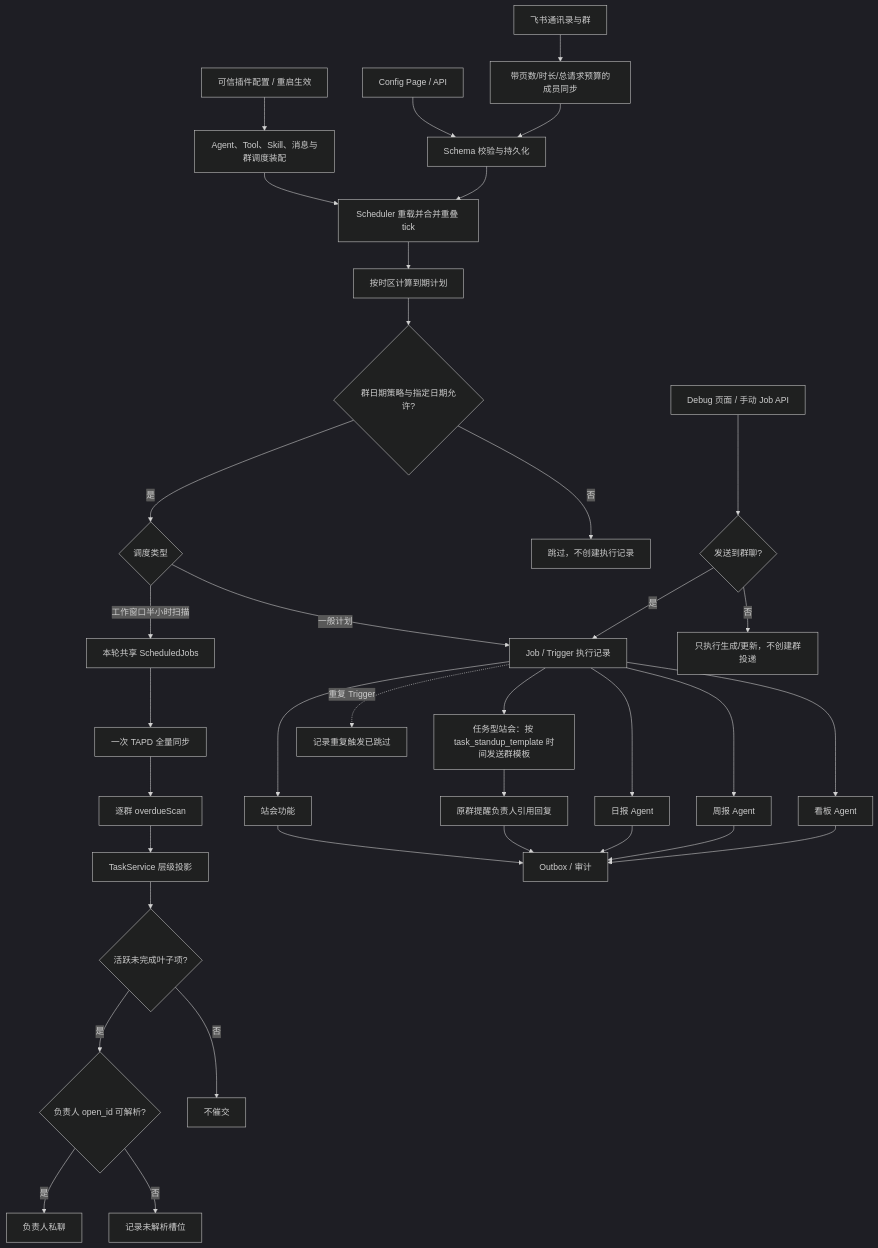
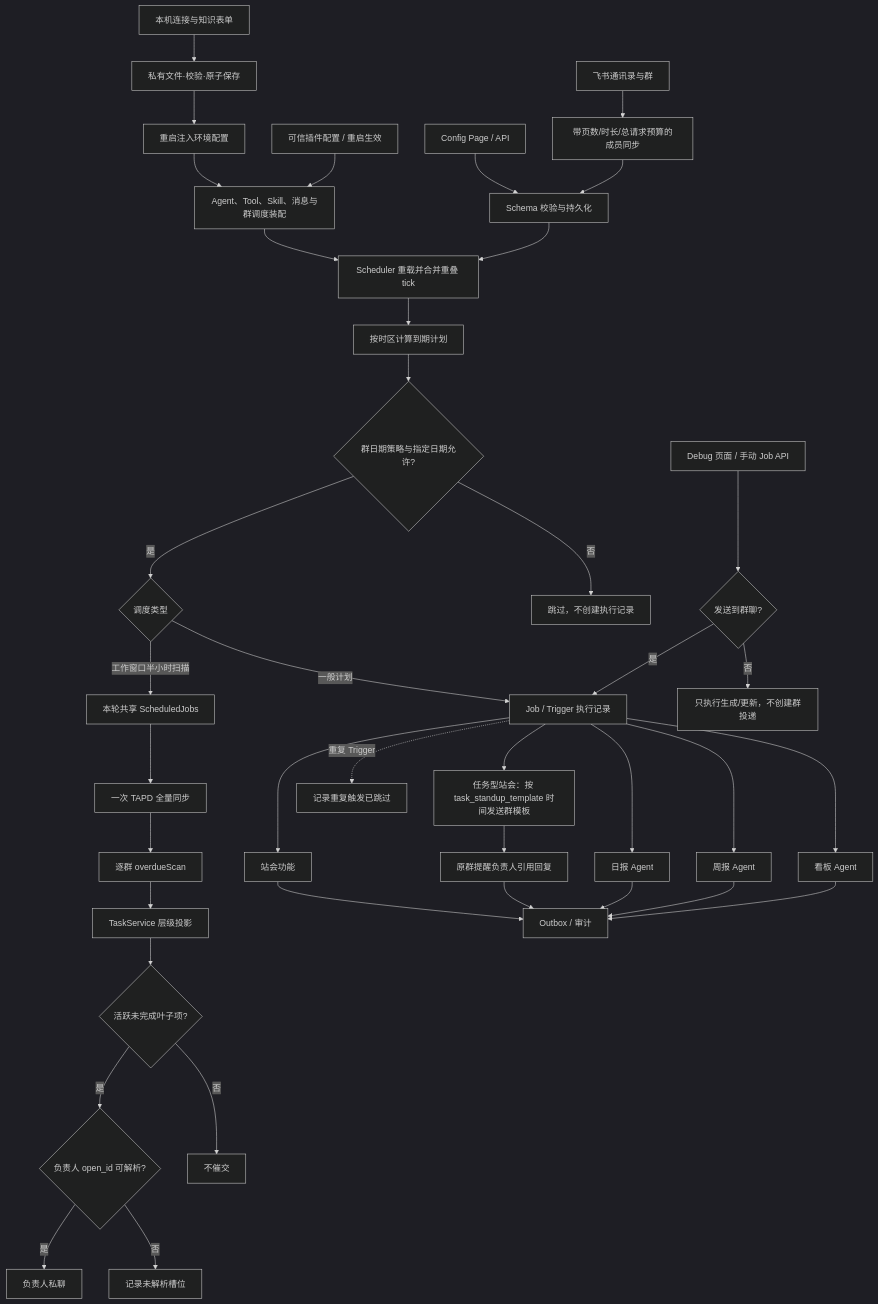
Before and after one commit to KlayPeter/AI-Delivery-Ops-Agent: the diagram in backend/src/core/configuration-scheduling/FEATURE.md, drawn with Mermaid (dark theme). The commit also changed other lines of this file and 36 other files, not shown here.

````diff
--- a/backend/src/core/configuration-scheduling/FEATURE.md
+++ b/backend/src/core/configuration-scheduling/FEATURE.md
@@ -21,38 +21,41 @@
 ```mermaid
 flowchart TD
+    LC[本机连接与知识表单] --> LF[私有文件·校验·原子保存]
+    LF --> BOOT[重启注入环境配置]
+    BOOT --> PH
     PC["可信插件配置 / 重启生效"] --> PH["Agent、Tool、Skill、消息与群调度装配"]
     PH --> E
     A["Config Page / API"] --> B["Schema 校验与持久化"]
     C["飞书通讯录与群"] --> D["带页数/时长/总请求预算的成员同步"]
     D --> B
     B --> E["Scheduler 重载并合并重叠 tick"]
     E --> F["按时区计算到期计划"]
     F --> HC{"群日期策略与指定日期允许?"}
     HC -- "是" --> L{"调度类型"}
     HC -- "否" --> HS["跳过，不创建执行记录"]
     L -- "一般计划" --> G["Job / Trigger 执行记录"]
     L -- "工作窗口半小时扫描" --> S["本轮共享 ScheduledJobs"]
     S --> T["一次 TAPD 全量同步"]
     T --> M["逐群 overdueScan"]
     M --> P["TaskService 层级投影"]
     P --> Q{"活跃未完成叶子项?"}
     Q -- "是" --> V{"负责人 open_id 可解析?"}
     Q -- "否" --> R["不催交"]
     V -- "是" --> N["负责人私聊"]
     V -- "否" --> U["记录未解析槽位"]
     G --> H["站会功能"]
     G --> I["日报 Agent"]
     G --> W["周报 Agent"]
     G --> J["看板 Agent"]
     D2["Debug 页面 / 手动 Job API"] --> G2{"发送到群聊?"}
     G2 -- "是" --> G
     G2 -- "否" --> U2["只执行生成/更新，不创建群投递"]
     H --> K["Outbox / 审计"]
     G --> TS["任务型站会：按 task_standup_template 时间发送群模板"]
     TS --> TR["原群提醒负责人引用回复"]
     TR --> K
     I --> K
     W --> K
     J --> K
     G -. "重复 Trigger" .-> X["记录重复触发已跳过"]
 ```
````
